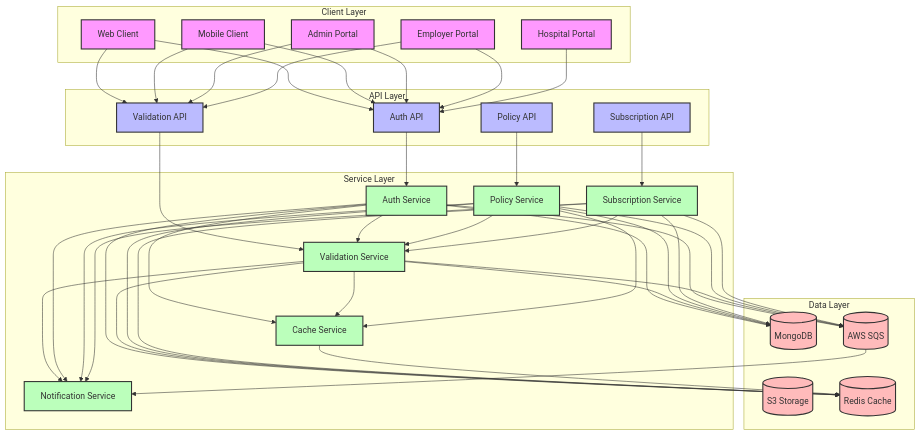
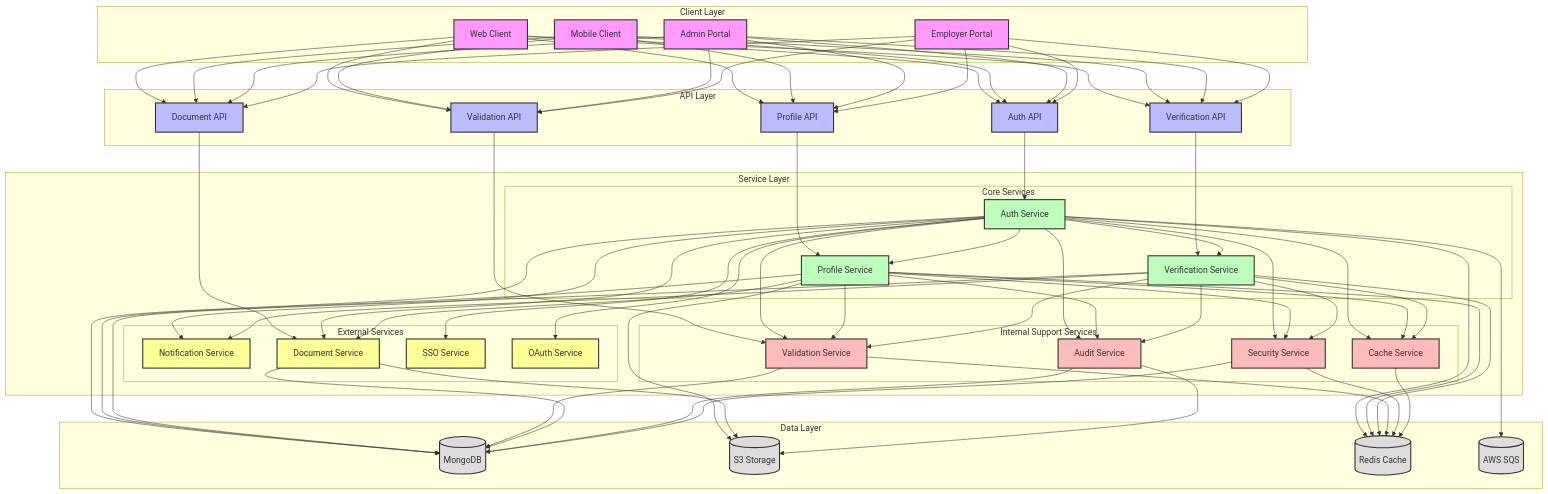
One commit to hayatonsurity/documentation changed the first of 2 diagrams in docs/flows/authentication.md. Above: the diagram before and after it, drawn with Mermaid. The commit also changed other lines of this file and 12 other files, not shown here.

Commit message:
Corrected the diagrams and APIs

````diff
--- a/docs/flows/authentication.md
+++ b/docs/flows/authentication.md
@@ -8,90 +8,135 @@
 ```mermaid
 graph TB
-    subgraph Client Layer
+    %% Client Layer
+    subgraph ClientLayer[Client Layer]
         Web[Web Client]
         Mobile[Mobile Client]
         AdminPortal[Admin Portal]
         EmployerPortal[Employer Portal]
-        HospitalPortal[Hospital Portal]
     end
 
-    subgraph API Layer
+    %% API Layer
+    subgraph APILayer[API Layer]
         AuthAPI[Auth API]
         ValidationAPI[Validation API]
-        PolicyAPI[Policy API]
-        SubscriptionAPI[Subscription API]
+        ProfileAPI[Profile API]
+        VerificationAPI[Verification API]
+        DocumentAPI[Document API]
     end
 
-    subgraph Service Layer
-        AuthService[Auth Service]
-        ValidationService[Validation Service]
-        NotificationService[Notification Service]
-        CacheService[Cache Service]
-        PolicyService[Policy Service]
-        SubscriptionService[Subscription Service]
+    %% Service Layer
+    subgraph ServiceLayer[Service Layer]
+        subgraph CoreServices[Core Services]
+            AuthService[Auth Service]
+            ProfileService[Profile Service]
+            VerificationService[Verification Service]
+        end
+        
+        subgraph InternalServices[Internal Support Services]
+            ValidationService[Validation Service]
+            CacheService[Cache Service]
+            AuditService[Audit Service]
+            SecurityService[Security Service]
+        end
+
+        subgraph ExternalServices[External Services]
+            NotificationService[Notification Service]
+            DocumentService[Document Service]
+            SSOService[SSO Service]
+            OAuthService[OAuth Service]
+        end
     end
 
-    subgraph Data Layer
+    %% Data Layer
+    subgraph DataLayer[Data Layer]
         DB[(MongoDB)]
         S3[(S3 Storage)]
         Cache[(Redis Cache)]
         Queue[(AWS SQS)]
     end
 
-    %% Client Layer Connections
+    %% Client to API Connections
     Web --> AuthAPI
+    Web --> ValidationAPI
+    Web --> ProfileAPI
+    Web --> VerificationAPI
+    Web --> DocumentAPI
     Mobile --> AuthAPI
+    Mobile --> ValidationAPI
+    Mobile --> ProfileAPI
+    Mobile --> VerificationAPI
+    Mobile --> DocumentAPI
     AdminPortal --> AuthAPI
+    AdminPortal --> ValidationAPI
+    AdminPortal --> ProfileAPI
+    AdminPortal --> VerificationAPI
+    AdminPortal --> DocumentAPI
     EmployerPortal --> AuthAPI
-    Web --> ValidationAPI
-    Mobile --> ValidationAPI
-    AdminPortal --> ValidationAPI
     EmployerPortal --> ValidationAPI
-    HospitalPortal --> AuthAPI
+    EmployerPortal --> ProfileAPI
+    EmployerPortal --> VerificationAPI
+    EmployerPortal --> DocumentAPI
 
-    %% API Layer Connections
+    %% API to Service Connections
     AuthAPI --> AuthService
     ValidationAPI --> ValidationService
-    PolicyAPI --> PolicyService
-    SubscriptionAPI --> SubscriptionService
+    ProfileAPI --> ProfileService
+    VerificationAPI --> VerificationService
+    DocumentAPI --> DocumentService
 
-    %% Service Layer Connections
+    %% Core Service Connections
     AuthService --> ValidationService
-    ValidationService --> NotificationService
-    PolicyService --> ValidationService
+    AuthService --> NotificationService
+    AuthService --> ProfileService
+    AuthService --> VerificationService
     AuthService --> CacheService
-    ValidationService --> CacheService
-    PolicyService --> CacheService
-    SubscriptionService --> ValidationService
-    AuthService --> NotificationService
-    PolicyService --> NotificationService
-    SubscriptionService --> NotificationService
+    AuthService --> DocumentService
+    AuthService --> AuditService
+    AuthService --> SecurityService
+    AuthService --> SSOService
+    AuthService --> OAuthService
+    ProfileService --> ValidationService
+    ProfileService --> CacheService
+    ProfileService --> DocumentService
+    ProfileService --> AuditService
+    ProfileService --> SecurityService
+    VerificationService --> ValidationService
+    VerificationService --> CacheService
+    VerificationService --> NotificationService
+    VerificationService --> AuditService
+    VerificationService --> SecurityService
 
     %% Service to Data Connections
     AuthService --> DB
+    AuthService --> Cache
+    AuthService --> Queue
+    ProfileService --> DB
+    ProfileService --> S3
+    ProfileService --> Cache
+    VerificationService --> DB
+    VerificationService --> Cache
     ValidationService --> DB
-    PolicyService --> DB
-    SubscriptionService --> DB
-    AuthService --> Cache
     ValidationService --> Cache
-    PolicyService --> Cache
-    SubscriptionService --> Cache
-    AuthService --> Queue
-    ValidationService --> Queue
-    PolicyService --> Queue
-    SubscriptionService --> Queue
-
-    %% Data Layer Connections
-    Queue --> NotificationService
+    DocumentService --> DB
+    DocumentService --> S3
+    AuditService --> DB
+    AuditService --> S3
+    SecurityService --> DB
+    SecurityService --> Cache
     CacheService --> Cache
 
+    %% Styling
     classDef client fill:#f9f,stroke:#333,stroke-width:2px
     classDef api fill:#bbf,stroke:#333,stroke-width:2px
-    classDef service fill:#bfb,stroke:#333,stroke-width:2px
-    classDef data fill:#fbb,stroke:#333,stroke-width:2px
+    classDef coreService fill:#bfb,stroke:#333,stroke-width:2px
+    classDef internalService fill:#fbb,stroke:#333,stroke-width:2px
+    classDef externalService fill:#ff9,stroke:#333,stroke-width:2px
+    classDef data fill:#ddd,stroke:#333,stroke-width:2px
 
-    class Web,Mobile,AdminPortal,EmployerPortal,HospitalPortal client
-    class AuthAPI,ValidationAPI,PolicyAPI,SubscriptionAPI api
-    class AuthService,ValidationService,NotificationService,CacheService,PolicyService,SubscriptionService service
+    class Web,Mobile,AdminPortal,EmployerPortal client
+    class AuthAPI,ValidationAPI,ProfileAPI,VerificationAPI,DocumentAPI api
+    class AuthService,ProfileService,VerificationService coreService
+    class ValidationService,CacheService,AuditService,SecurityService internalService
+    class NotificationService,DocumentService,SSOService,OAuthService externalService
     class DB,S3,Cache,Queue data
 ```
````
